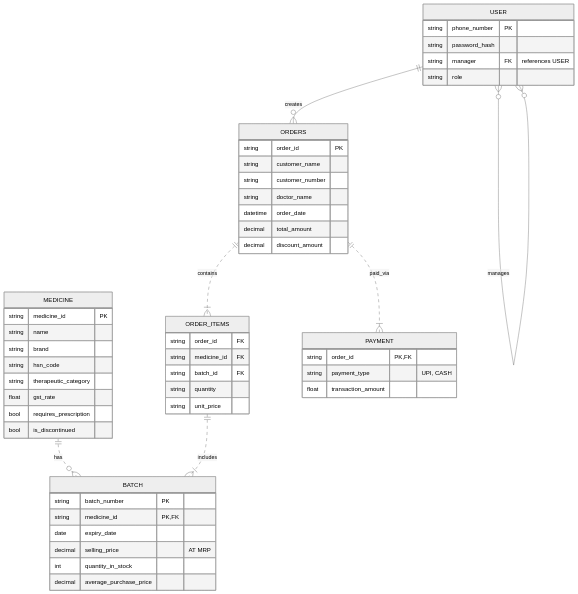
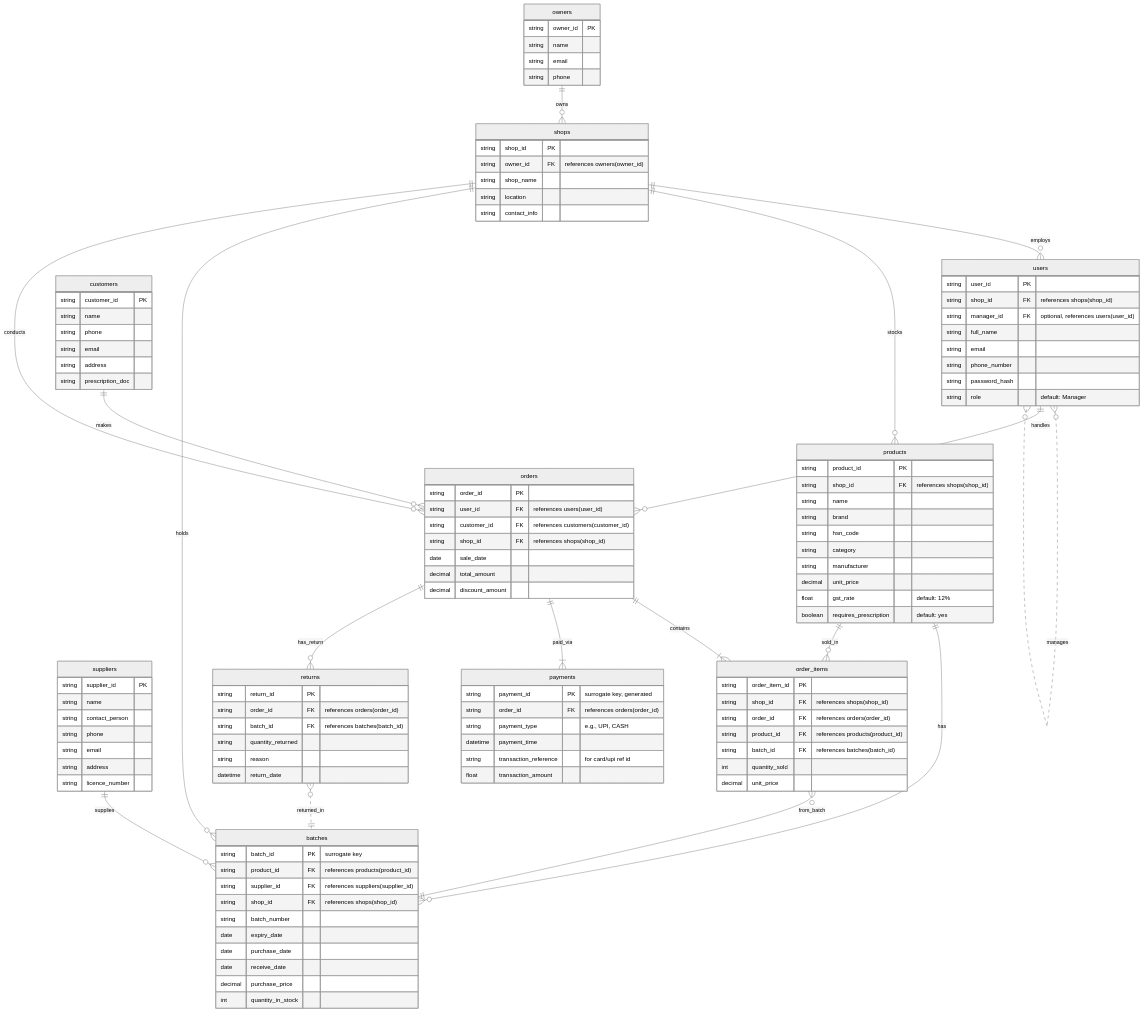
The diagram in er_diagram.md (MET4L-DS/miniPharma), drawn with Mermaid (neutral theme) before and after one commit.

Commit message:
Multi Shop Support Included

````diff
--- a/er_diagram.md
+++ b/er_diagram.md
@@ -1,60 +1,128 @@
 ```mermaid
 erDiagram
-    USER {
-    string phone_number PK
+    owners {
+    string owner_id PK
+    string name
+    string email
+    string phone
+}
+
+shops {
+    string shop_id PK
+    string owner_id FK "references owners(owner_id)"
+    string shop_name
+    string location
+    string contact_info
+}
+
+users {
+    string user_id PK
+    string shop_id FK "references shops(shop_id)"
+    string manager_id FK "optional, references users(user_id)"
+    string full_name
+    string email
+    string phone_number
     string password_hash
-    string manager FK "references USER"
-    string role
-    }
+    string role "default: Manager"
+}
 
-    MEDICINE {
-        string medicine_id PK
-        string name
-        string brand
-        string hsn_code
-        string therapeutic_category
-        float gst_rate
-        bool requires_prescription
-        bool is_discontinued
-    }
+products {
+    string product_id PK
+    string shop_id FK "references shops(shop_id)"
+    string name
+    string brand
+    string hsn_code
+    string category
+    string manufacturer
+    decimal unit_price
+    float gst_rate "default: 12%"
+    boolean requires_prescription "default: yes"
+}
 
-    BATCH {
-        string batch_number PK
-        string medicine_id PK,FK
-        date expiry_date
-        decimal selling_price "AT MRP"
-        int quantity_in_stock
-        decimal average_purchase_price
-    }
+batches {
+    string batch_id PK "surrogate key"
+    string product_id FK "references products(product_id)"
+    string supplier_id FK "references suppliers(supplier_id)"
+    string shop_id FK "references shops(shop_id)"
+    string batch_number
+    date expiry_date
+    date purchase_date
+    date receive_date
+    decimal purchase_price
+    int quantity_in_stock
+}
 
-    ORDERS {
-        string order_id PK
-        string customer_name
-        string customer_number
-        string doctor_name
-        datetime order_date
-        decimal total_amount
-        decimal discount_amount
-    }
+suppliers {
+	string supplier_id PK
+	string name
+	string contact_person
+	string phone
+	string email
+	string address
+	string licence_number
+}
 
-    ORDER_ITEMS {
-        string order_id FK
-        string medicine_id FK
-        string batch_id FK
-        string quantity
-        string unit_price
-    }
+customers {
+	string customer_id PK
+	string name
+	string phone
+	string email
+	string address
+	string prescription_doc
+}
 
-    PAYMENT {
-        string order_id PK, FK
-        string payment_type "UPI, CASH"
-        float transaction_amount
-    }
+orders {
+	string order_id PK
+	string user_id FK "references users(user_id)"
+	string customer_id FK "references customers(customer_id)"
+	string shop_id FK "references shops(shop_id)"
+    date sale_date
+	decimal total_amount
+	decimal discount_amount
+}
 
-    USER }o--o{ USER : manages
-    USER ||--o{ ORDERS : creates
-    MEDICINE ||..o{ BATCH : has
-    ORDERS ||..|{ ORDER_ITEMS : contains
-    ORDERS ||..|{ PAYMENT : paid_via
-    ORDER_ITEMS ||..|{ BATCH : includes
+order_items {
+    string order_item_id PK
+    string shop_id FK "references shops(shop_id)"
+    string order_id FK "references orders(order_id)"
+    string product_id FK "references products(product_id)"
+    string batch_id FK "references batches(batch_id)"
+    int quantity_sold
+    decimal unit_price
+}
+
+payments {
+    string payment_id PK "surrogate key, generated"
+    string order_id FK "references orders(order_id)"
+    string payment_type "e.g., UPI, CASH"
+    datetime payment_time
+    string transaction_reference "for card/upi ref id"
+    float transaction_amount
+}
+
+returns {
+	string return_id PK
+	string order_id FK "references orders(order_id)"
+	string batch_id FK "references batches(batch_id)"
+	string quantity_returned
+	string reason
+	datetime return_date
+}
+
+owners ||--o{ shops : owns
+shops ||--o{ users : employs
+shops ||--o{ products : stocks
+shops ||--o{ batches : holds
+shops ||--o{ orders : conducts
+users }o..o{ users : manages
+users ||--o{ orders : handles
+customers ||--o{ orders : makes
+products ||--o{ batches : has
+orders ||--|{ order_items : contains
+orders ||--|{ payments : paid_via
+products ||--o{ order_items : sold_in
+order_items }o--|| batches : from_batch
+suppliers ||--o{ batches : supplies
+orders ||--o{ returns : has_return
+returns }o..|| batches : returned_in
 ```
````
